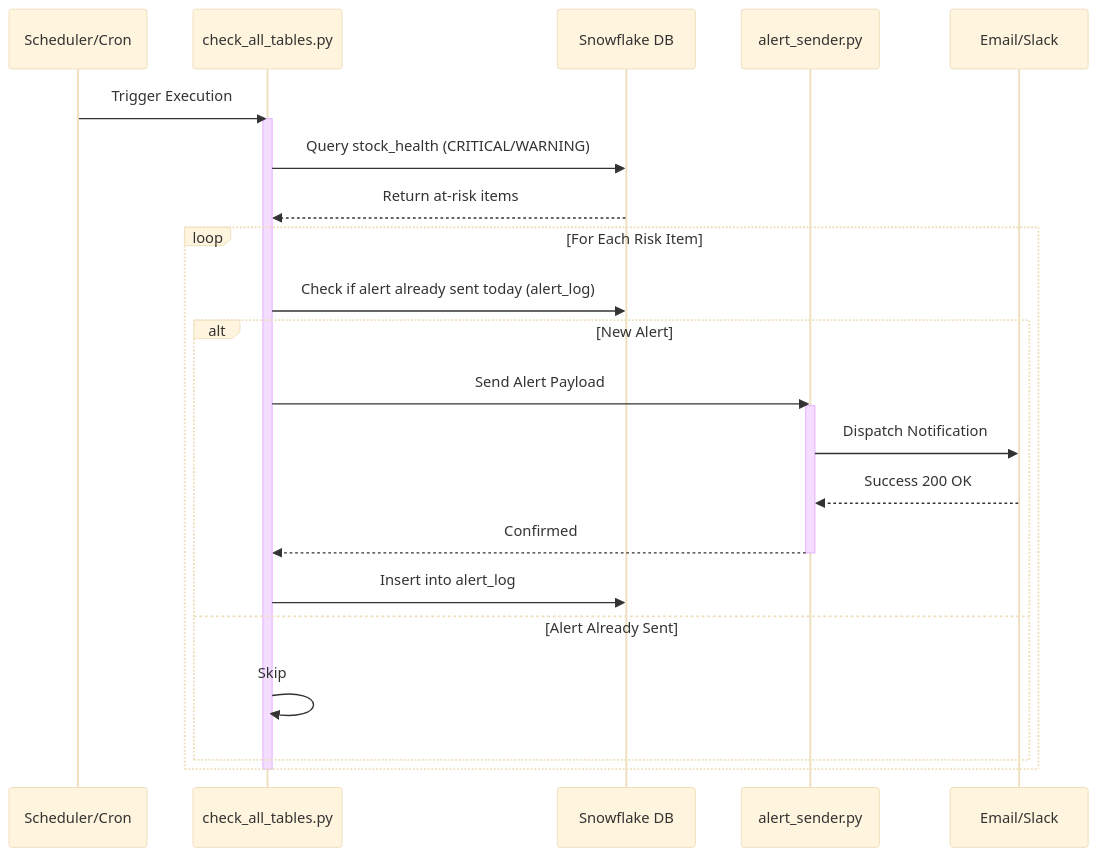
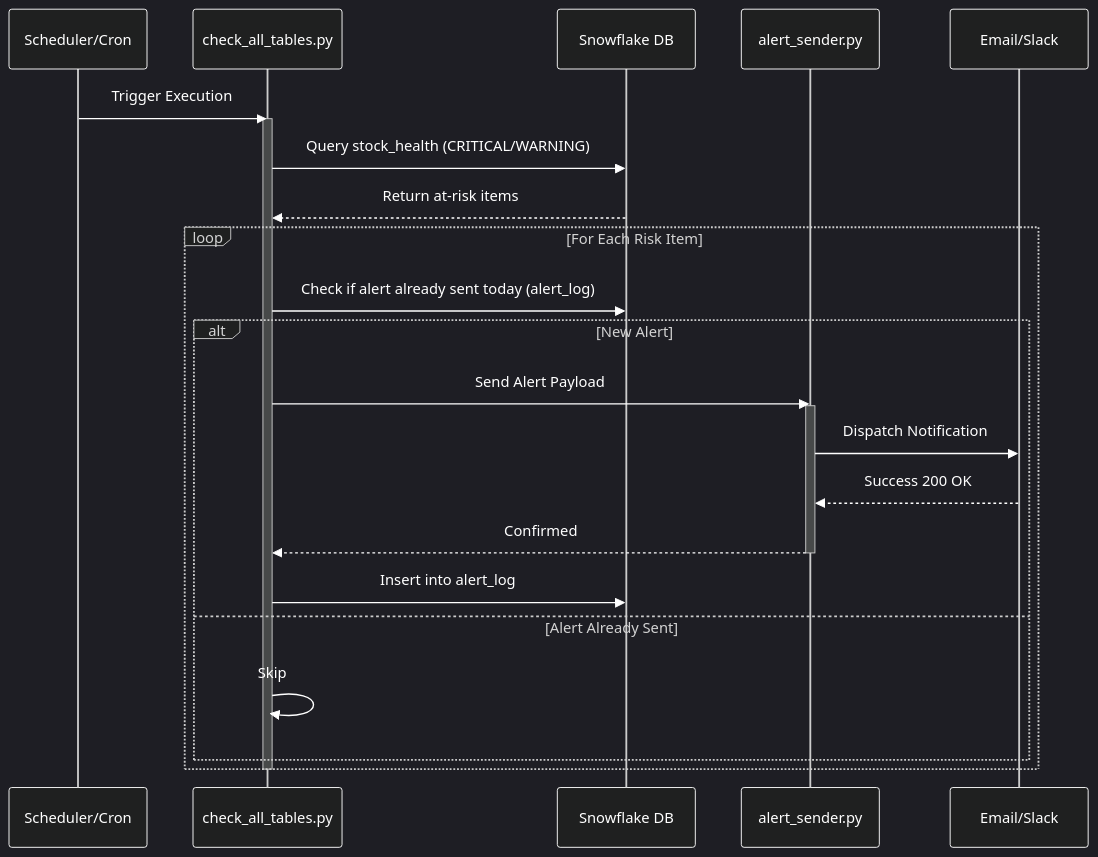
Before and after one commit to FlemingJohn/StockPulse-360: the fifth of 5 diagrams in README.md, drawn with Mermaid.

Commit message:
docs: update Mermaid diagram theme and styling for dark mode.

````diff
--- a/README.md
+++ b/README.md
@@ -598,34 +598,34 @@
 ```mermaid
-%%{init: { "theme": "base", "themeVariables": { "lineColor": "#ffffff" } }}%%
+%%{init: { "theme": "dark", "themeVariables": { "darkMode": true, "actorBorder": "#ffffff", "actorTextColor": "#ffffff", "signalColor": "#ffffff", "signalTextColor": "#ffffff", "noteBorderColor": "#ffffff", "noteTextColor": "#ffffff", "lineColor": "#ffffff" } }}%%
 sequenceDiagram
     participant Sched as Scheduler/Cron
     participant Script as check_all_tables.py
     participant DB as Snowflake DB
     participant Notifier as alert_sender.py
     participant Ext as Email/Slack
 
     Sched->>Script: Trigger Execution
     activate Script
     
     Script->>DB: Query stock_health (CRITICAL/WARNING)
     DB-->>Script: Return at-risk items
     
     loop For Each Risk Item
         Script->>DB: Check if alert already sent today (alert_log)
         
         alt New Alert
             Script->>Notifier: Send Alert Payload
             activate Notifier
             Notifier->>Ext: Dispatch Notification
             Ext-->>Notifier: Success 200 OK
             Notifier-->>Script: Confirmed
             deactivate Notifier
             
             Script->>DB: Insert into alert_log
         else Alert Already Sent
             Script->>Script: Skip
         end
     end
     
     deactivate Script
 ```
````
